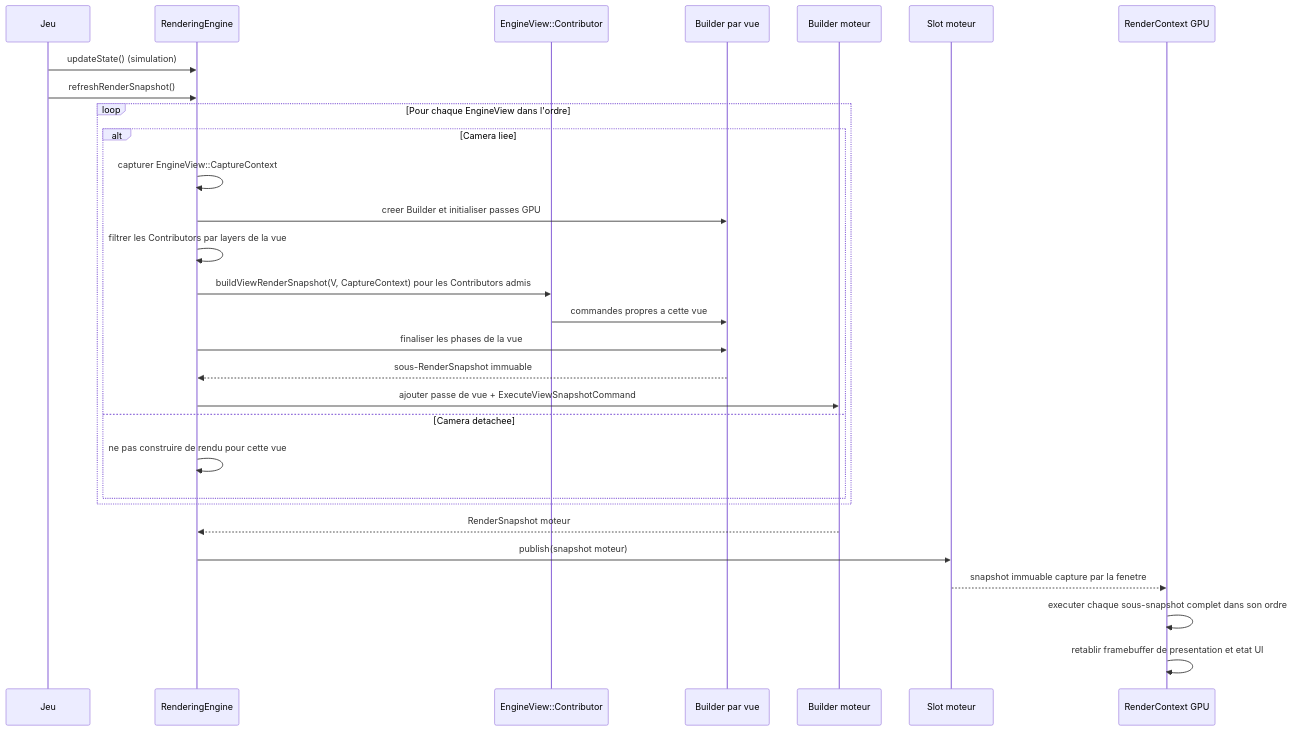
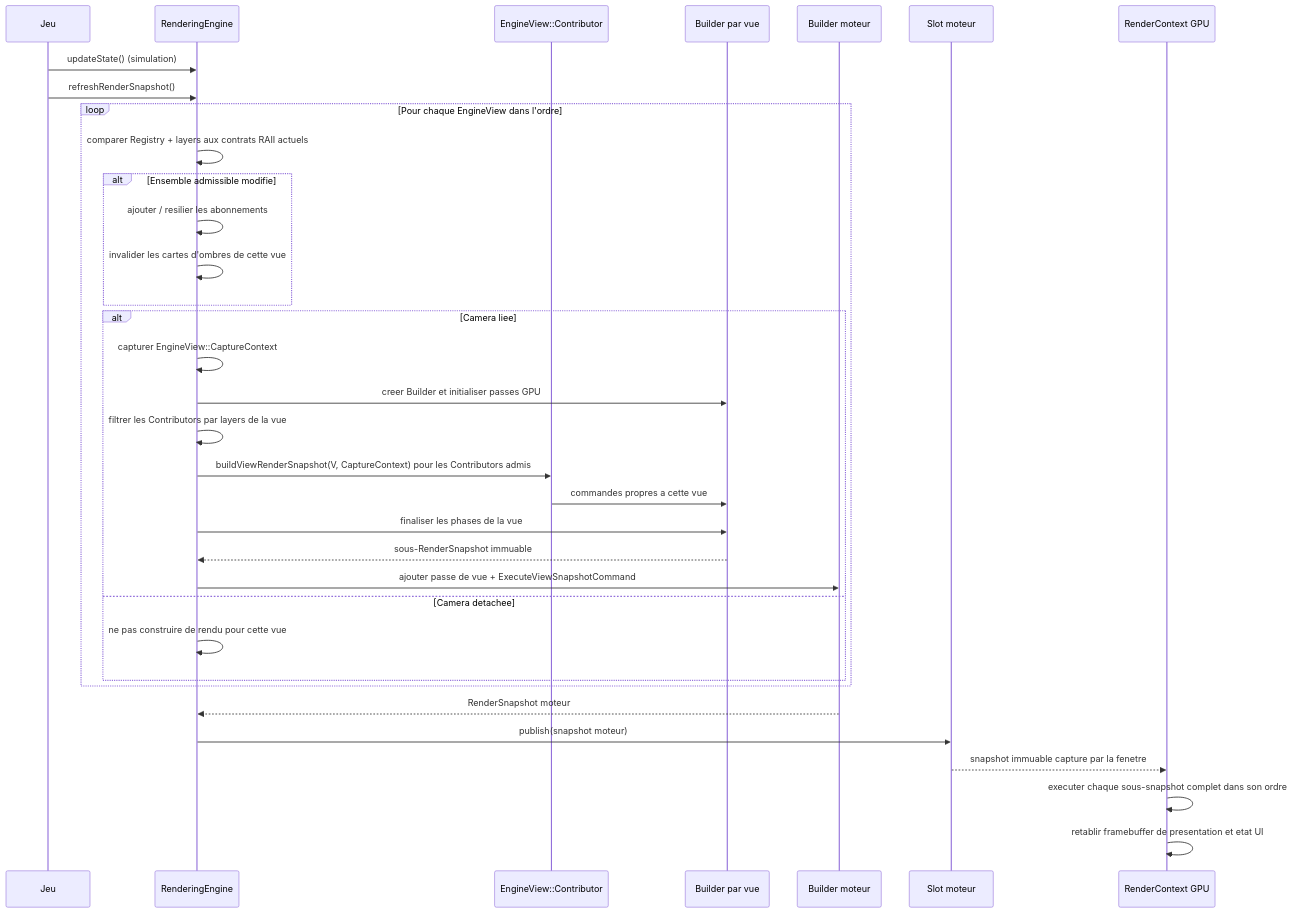
The ninth of 13 diagrams in docs/voxel-engine-v0.1.4-specification.md (EreliaStudio/Sparkle), drawn with Mermaid before and after one commit. The commit also changed other lines of this file, not shown here.

````diff
--- a/docs/voxel-engine-v0.1.4-specification.md
+++ b/docs/voxel-engine-v0.1.4-specification.md
@@ -819,31 +819,36 @@
 ```mermaid
 sequenceDiagram
   participant G as Jeu
   participant E as RenderingEngine
   participant C as EngineView::Contributor
   participant V as Builder par vue
   participant M as Builder moteur
   participant S as Slot moteur
   participant R as RenderContext GPU
   G->>E: updateState() (simulation)
   G->>E: refreshRenderSnapshot()
   loop Pour chaque EngineView dans l'ordre
+    E->>E: comparer Registry + layers aux contrats RAII actuels
+    alt Ensemble admissible modifie
+      E->>E: ajouter / resilier les abonnements
+      E->>E: invalider les cartes d'ombres de cette vue
+    end
     alt Camera liee
       E->>E: capturer EngineView::CaptureContext
       E->>V: creer Builder et initialiser passes GPU
       E->>E: filtrer les Contributors par layers de la vue
       E->>C: buildViewRenderSnapshot(V, CaptureContext) pour les Contributors admis
       C->>V: commandes propres a cette vue
       E->>V: finaliser les phases de la vue
       V-->>E: sous-RenderSnapshot immuable
       E->>M: ajouter passe de vue + ExecuteViewSnapshotCommand
     else Camera detachee
       E->>E: ne pas construire de rendu pour cette vue
     end
   end
   M-->>E: RenderSnapshot moteur
   E->>S: publish(snapshot moteur)
   S-->>R: snapshot immuable capture par la fenetre
   R->>R: executer chaque sous-snapshot complet dans son ordre
   R->>R: retablir framebuffer de presentation et etat UI
 ```
````
